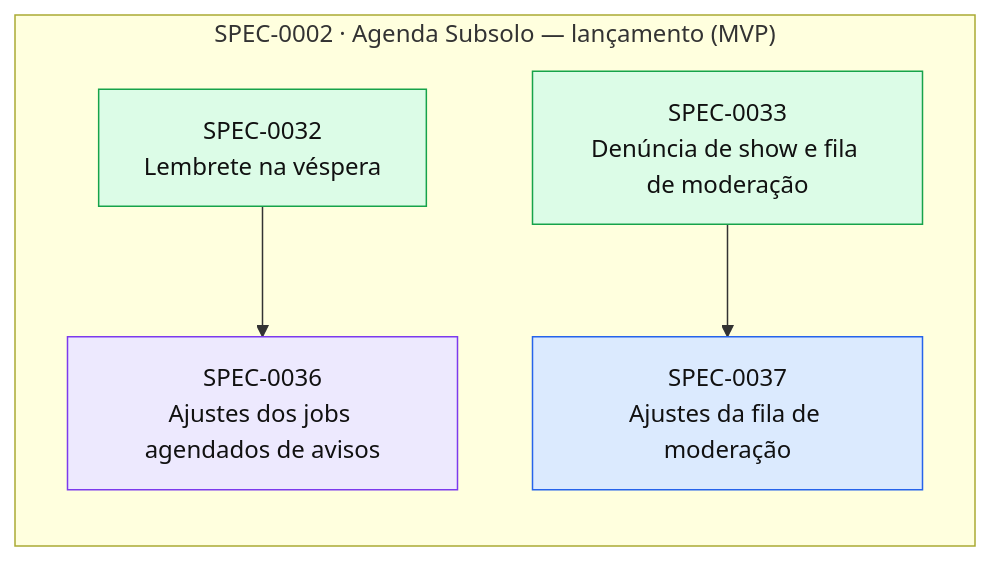
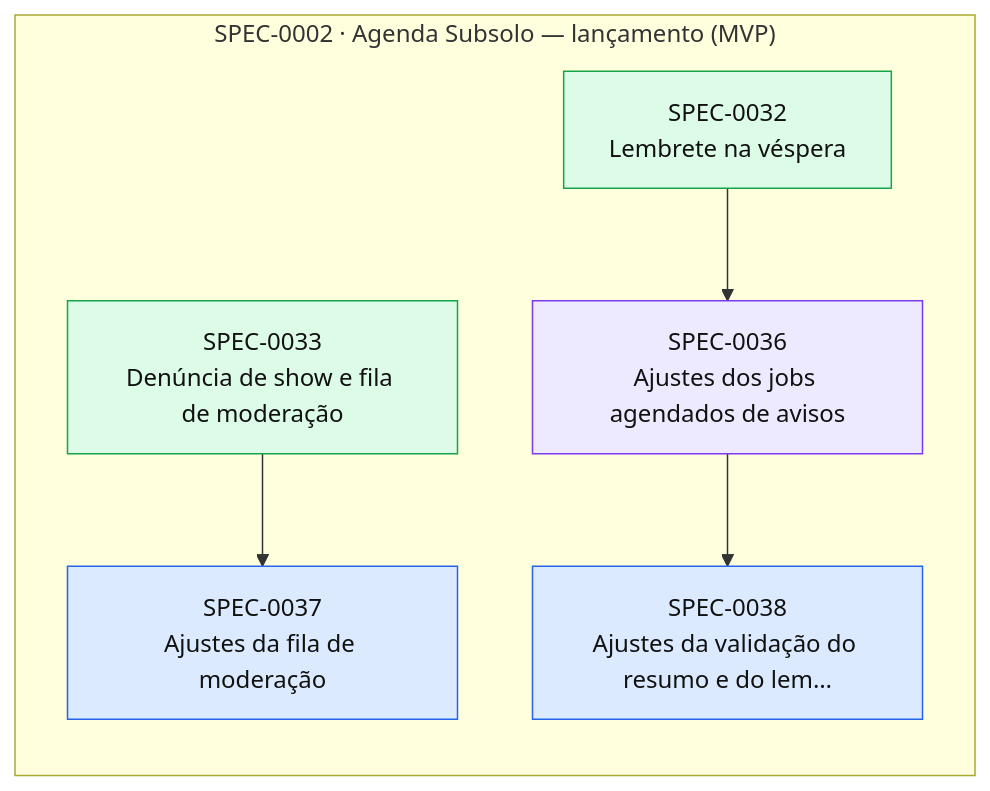
Before and after one commit to thomasravache/subsolo: the diagram in docs/specs/INDEX.md, drawn with Mermaid. The commit also changed other lines of this file and 2 other files, not shown here.

First line of the commit message:
docs(sdd): record G4 for SPEC-0036 and add SPEC-0038 for its review items

````diff
--- a/docs/specs/INDEX.md
+++ b/docs/specs/INDEX.md
@@ -67,16 +68,18 @@
 ```mermaid
 flowchart LR
   subgraph E0002["SPEC-0002 · Agenda Subsolo — lançamento (MVP)"]
     S0032["SPEC-0032<br/>Lembrete na véspera"]:::implemented
     S0033["SPEC-0033<br/>Denúncia de show e fila de moderação"]:::implemented
     S0036["SPEC-0036<br/>Ajustes dos jobs agendados de avisos"]:::inprogress
     S0037["SPEC-0037<br/>Ajustes da fila de moderação"]:::approved
+    S0038["SPEC-0038<br/>Ajustes da validação do resumo e do lem…"]:::approved
   end
   S0032 --> S0036
   S0033 --> S0037
+  S0036 --> S0038
   classDef proposed fill:#fef3c7,stroke:#d97706,color:#111
   classDef approved fill:#dbeafe,stroke:#2563eb,color:#111
   classDef inprogress fill:#ede9fe,stroke:#7c3aed,color:#111
   classDef implemented fill:#dcfce7,stroke:#16a34a,color:#111
   classDef deprecated fill:#f3f4f6,stroke:#9ca3af,color:#6b7280
 ```
````
